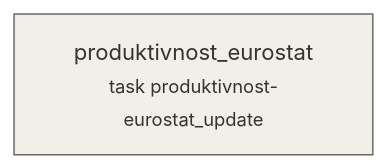
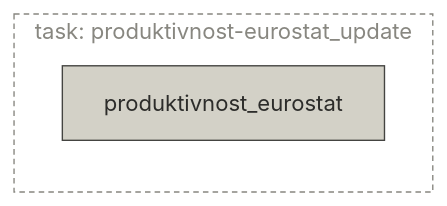
Before and after one commit to majazaloznik/umar-automation-scripts: the diagram in docs/pipelines/task-produktivnost-eurostat_update.md, drawn with Mermaid. The commit also changed other lines of this file and 31 other files, not shown here.

Commit message:
Update mermaid plots in pipelines

````diff
--- a/docs/pipelines/task-produktivnost-eurostat_update.md
+++ b/docs/pipelines/task-produktivnost-eurostat_update.md
@@ -21,8 +21,12 @@
 ```mermaid
 flowchart LR
-  produktivnost_eurostat["produktivnost_eurostat<br/><small>task produktivnost-eurostat_update</small>"]:::step
-  classDef source fill:#FAECE7,stroke:#993C1D
-  classDef step fill:#F1EFE8,stroke:#5F5E5A
-  classDef store fill:#E1F5EE,stroke:#0F6E56
-  classDef output fill:#EEEDFE,stroke:#534AB7
+  
+  subgraph task_produktivnost_eurostat_update["task: produktivnost-eurostat_update"]
+    produktivnost_eurostat["produktivnost_eurostat"]:::step
+  end
+  style task_produktivnost_eurostat_update fill:none,stroke:#888780,stroke-dasharray:4 3,color:#888780
+  classDef source fill:#F0997B,stroke:#712B13,color:#4A1B0C,stroke-width:1px
+  classDef step fill:#D3D1C7,stroke:#444441,color:#2C2C2A,stroke-width:1px
+  classDef store fill:#5DCAA5,stroke:#085041,color:#04342C,stroke-width:1px
+  classDef output fill:#AFA9EC,stroke:#3C3489,color:#26215C,stroke-width:1px
 ```
````
